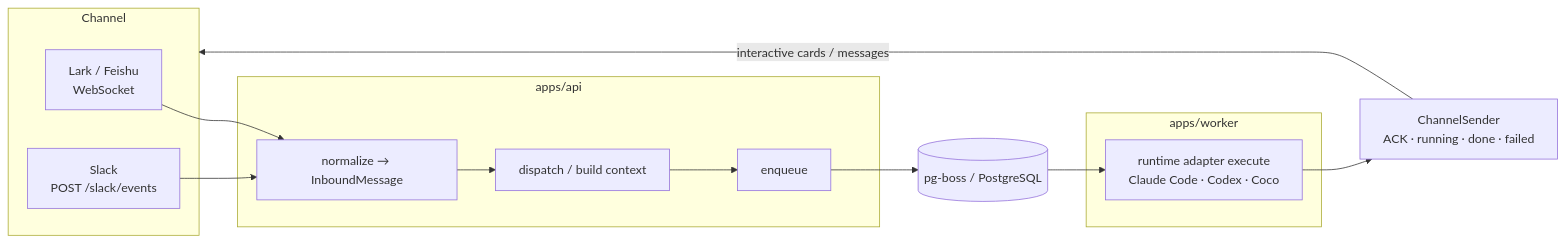
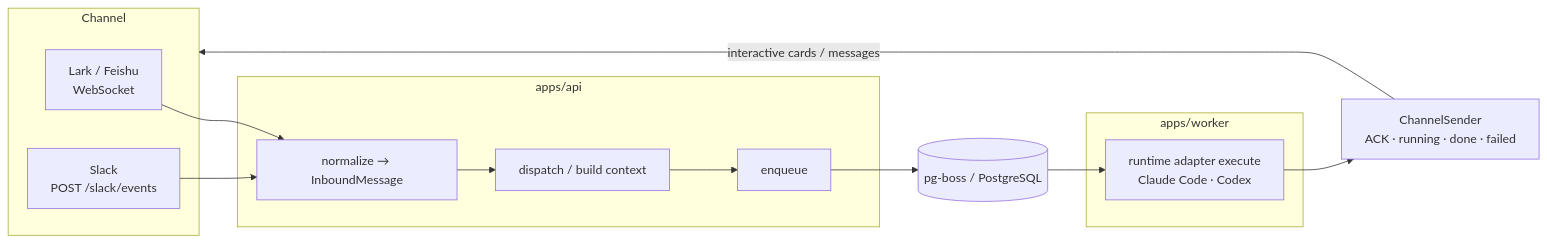
One commit to legendtkl/open-claude-tag changed the diagram in README.md. Above: the diagram before and after it, drawn with Mermaid. The commit also changed other lines of this file and 56 other files, not shown here.

First line of the commit message:
refactor: remove the coco runtime and the keyword intent classifier

````diff
--- a/README.md
+++ b/README.md
@@ -87,27 +86,27 @@
 ```mermaid
 flowchart LR
   subgraph CH[Channel]
     L[Lark / Feishu<br/>WebSocket]
     S[Slack<br/>POST /slack/events]
   end
 
   subgraph API[apps/api]
     N[normalize → InboundMessage]
     D[dispatch / build context]
     E[enqueue]
   end
 
   Q[(pg-boss / PostgreSQL)]
 
   subgraph WK[apps/worker]
-    R[runtime adapter execute<br/>Claude Code · Codex · Coco]
+    R[runtime adapter execute<br/>Claude Code · Codex]
   end
 
   SND[ChannelSender<br/>ACK · running · done · failed]
 
   L --> N
   S --> N
   N --> D --> E --> Q
   Q --> R --> SND
   SND -->|interactive cards / messages| CH
 ```
````
